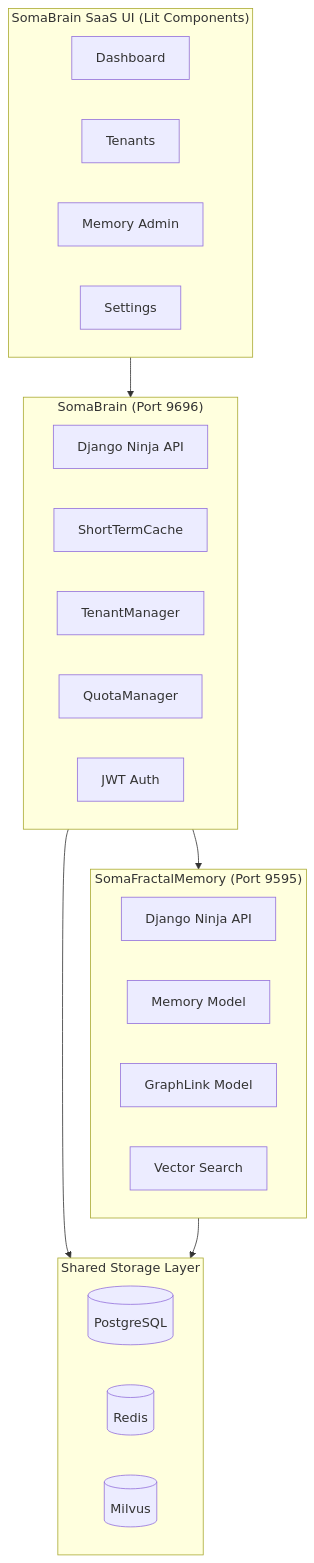
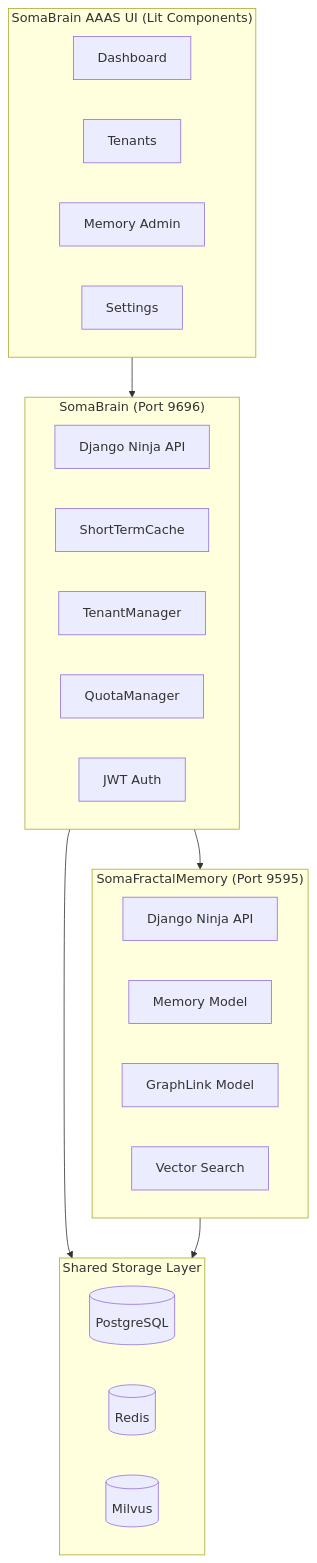
Before and after one commit to somatechlat/somabrain: the first of 7 diagrams in docs/srs/unified/unified-memory-platform.md, drawn with Mermaid. The commit also changed other lines of this file and 131 other files, not shown here.

````diff
--- a/docs/srs/unified/unified-memory-platform.md
+++ b/docs/srs/unified/unified-memory-platform.md
@@ -23,35 +23,35 @@
 ```mermaid
 flowchart TB
-    subgraph UI["SomaBrain SaaS UI (Lit Components)"]
+    subgraph UI["SomaBrain AAAS UI (Lit Components)"]
         D[Dashboard]
         T[Tenants]
         M[Memory Admin]
         S[Settings]
     end
     
     subgraph SomaBrain["SomaBrain (Port 9696)"]
         API[Django Ninja API]
         STC[ShortTermCache]
         TM[TenantManager]
         QM[QuotaManager]
         Auth[JWT Auth]
     end
     
     subgraph SomaFractalMemory["SomaFractalMemory (Port 9595)"]
         FAPI[Django Ninja API]
         LTS[Memory Model]
         Graph[GraphLink Model]
         Search[Vector Search]
     end
     
     subgraph Storage["Shared Storage Layer"]
         PG[(PostgreSQL)]
         Redis[(Redis)]
         Milvus[(Milvus)]
     end
     
     UI --> SomaBrain
     SomaBrain --> SomaFractalMemory
     SomaBrain --> Storage
     SomaFractalMemory --> Storage
 ```
````
